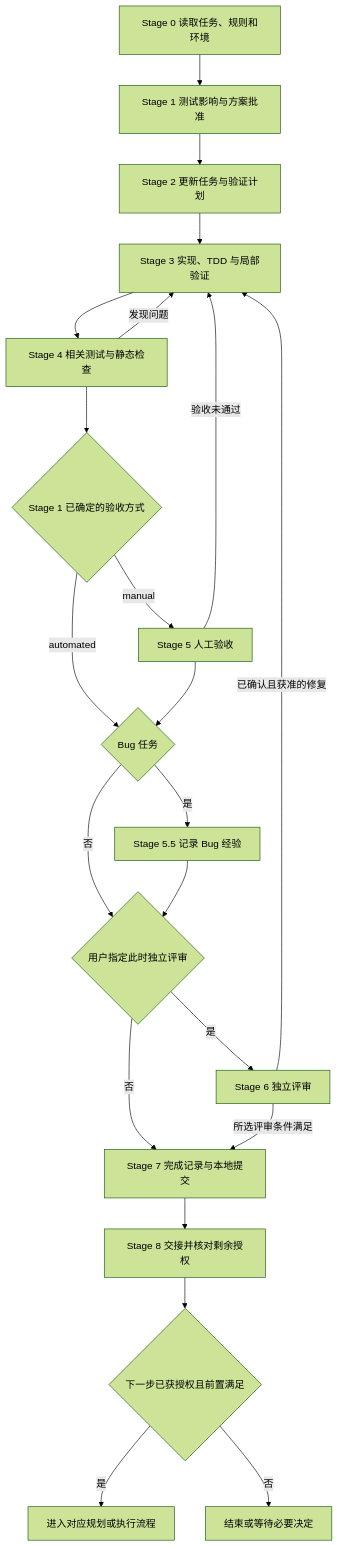
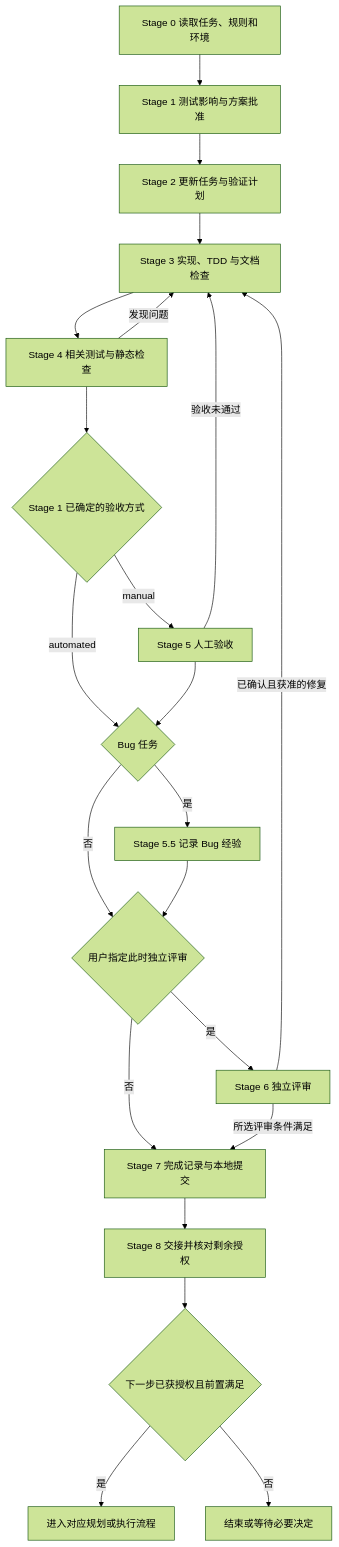
Before and after one commit to yxy823/Game_idle_yaya_frame: the second of 2 diagrams in project-source/Project_README.md, drawn with Mermaid (forest theme). The commit also changed other lines of this file and 41 other files, not shown here.

````diff
--- a/project-source/Project_README.md
+++ b/project-source/Project_README.md
@@ -98,24 +100,24 @@
 ```mermaid
 flowchart TD
     S0[Stage 0 读取任务、规则和环境] --> S1[Stage 1 测试影响与方案批准]
     S1 --> S2[Stage 2 更新任务与验证计划]
-    S2 --> S3[Stage 3 实现、TDD 与局部验证]
+    S2 --> S3[Stage 3 实现、TDD 与文档检查]
     S3 --> S4[Stage 4 相关测试与静态检查]
     S4 --> M{Stage 1 已确定的验收方式}
     M -->|manual| S5[Stage 5 人工验收]
     M -->|automated| B
     S5 --> B{Bug 任务}
     B -->|是| L[Stage 5.5 记录 Bug 经验]
     B -->|否| R{用户指定此时独立评审}
     L --> R
     R -->|是| S6[Stage 6 独立评审]
     R -->|否| S7[Stage 7 完成记录与本地提交]
     S6 -->|所选评审条件满足| S7
     S7 --> S8[Stage 8 交接并核对剩余授权]
     S8 --> N{下一步已获授权且前置满足}
     N -->|是| W[进入对应规划或执行流程]
     N -->|否| E[结束或等待必要决定]
     S4 -->|发现问题| S3
     S5 -->|验收未通过| S3
     S6 -->|已确认且获准的修复| S3
 ```
````
